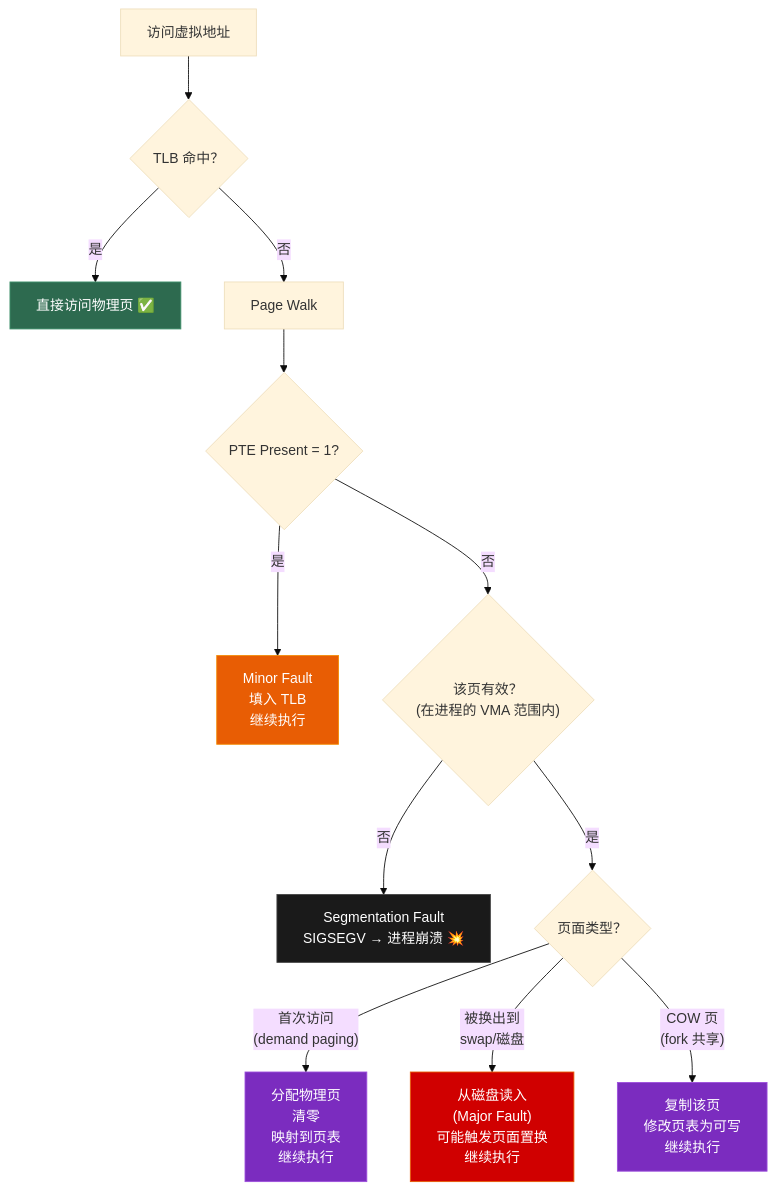
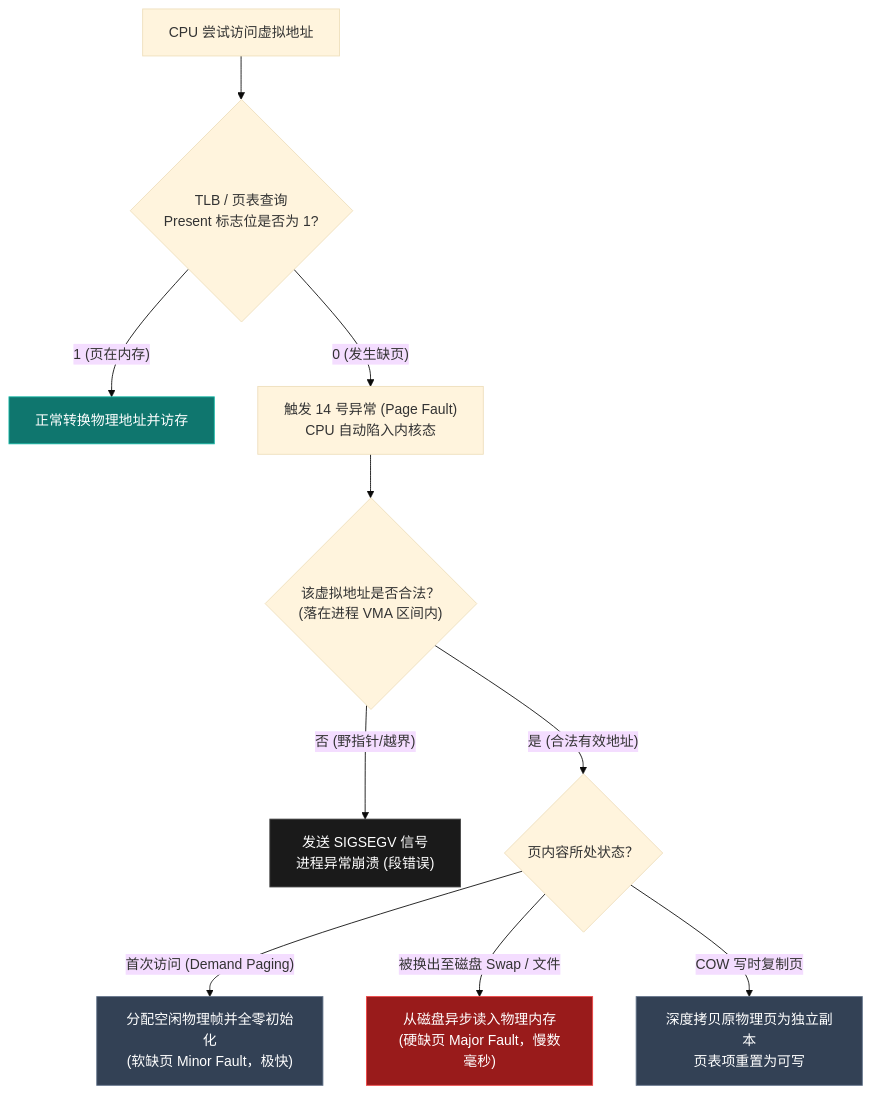
Before and after one commit to Lumivers/firefly: the third of 3 diagrams in src/content/posts/os/03_memory_management.md, drawn with Mermaid (base theme). The commit also changed other lines of this file and 39 other files, not shown here.

````diff
--- a/src/content/posts/os/03_memory_management.md
+++ b/src/content/posts/os/03_memory_management.md
@@ -349,21 +153,20 @@
 ```mermaid
 graph TD
-    A["访问虚拟地址"] --> B{"TLB 命中？"}
-    B -->|"是"| C["直接访问物理页 ✅"]
-    B -->|"否"| D["Page Walk"]
-    D --> E{"PTE Present = 1?"}
-    E -->|"是"| F["Minor Fault\n填入 TLB\n继续执行"]
-    E -->|"否"| G{"该页有效？\n(在进程的 VMA 范围内)"}
-    G -->|"否"| H["Segmentation Fault\nSIGSEGV → 进程崩溃 💥"]
-    G -->|"是"| I{"页面类型？"}
-    I -->|"首次访问\n(demand paging)"| J["分配物理页\n清零\n映射到页表\n继续执行"]
-    I -->|"被换出到\nswap/磁盘"| K["从磁盘读入\n(Major Fault)\n可能触发页面置换\n继续执行"]
-    I -->|"COW 页\n(fork 共享)"| L["复制该页\n修改页表为可写\n继续执行"]
+    A["CPU 尝试访问虚拟地址"] --> B{"TLB / 页表查询<br/>Present 标志位是否为 1?"}
+    B -->|"1 (页在内存)"| C["正常转换物理地址并访存"]
+    B -->|"0 (发生缺页)"| D["触发 14 号异常 (Page Fault)<br/>CPU 自动陷入内核态"]
 
-    style C fill:#2d6a4f,stroke:#40916c,color:white
-    style F fill:#e85d04,stroke:#f48c06,color:white
-    style H fill:#1a1a1a,stroke:#444,color:white
-    style J fill:#7b2cbf,stroke:#9d4edd,color:white
-    style K fill:#d00000,stroke:#e85d04,color:white
-    style L fill:#7b2cbf,stroke:#9d4edd,color:white
+    D --> E{"该虚拟地址是否合法？<br/>(落在进程 VMA 区间内)"}
+    E -->|"否 (野指针/越界)"| F["发送 SIGSEGV 信号<br/>进程异常崩溃 (段错误)"]
+    E -->|"是 (合法有效地址)"| G{"页内容所处状态？"}
+
+    G -->|"首次访问 (Demand Paging)"| H["分配空闲物理帧并全零初始化<br/>(软缺页 Minor Fault，极快)"]
+    G -->|"被换出至磁盘 Swap / 文件"| I["从磁盘异步读入物理内存<br/>(硬缺页 Major Fault，慢数毫秒)"]
+    G -->|"COW 写时复制页"| J["深度拷贝原物理页为独立副本<br/>页表项重置为可写"]
+
+    style C fill:#0f766e,stroke:#14b8a6,color:white
+    style F fill:#1a1a1a,stroke:#444,color:white
+    style H fill:#334155,stroke:#64748b,color:white
+    style I fill:#991b1b,stroke:#ef4444,color:white
+    style J fill:#334155,stroke:#64748b,color:white
 ```
````
